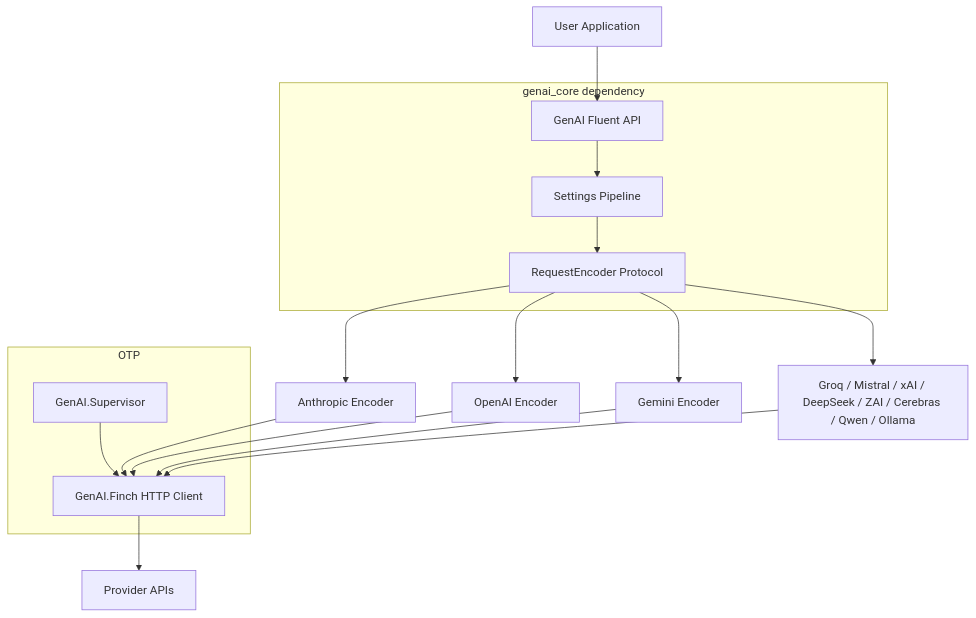
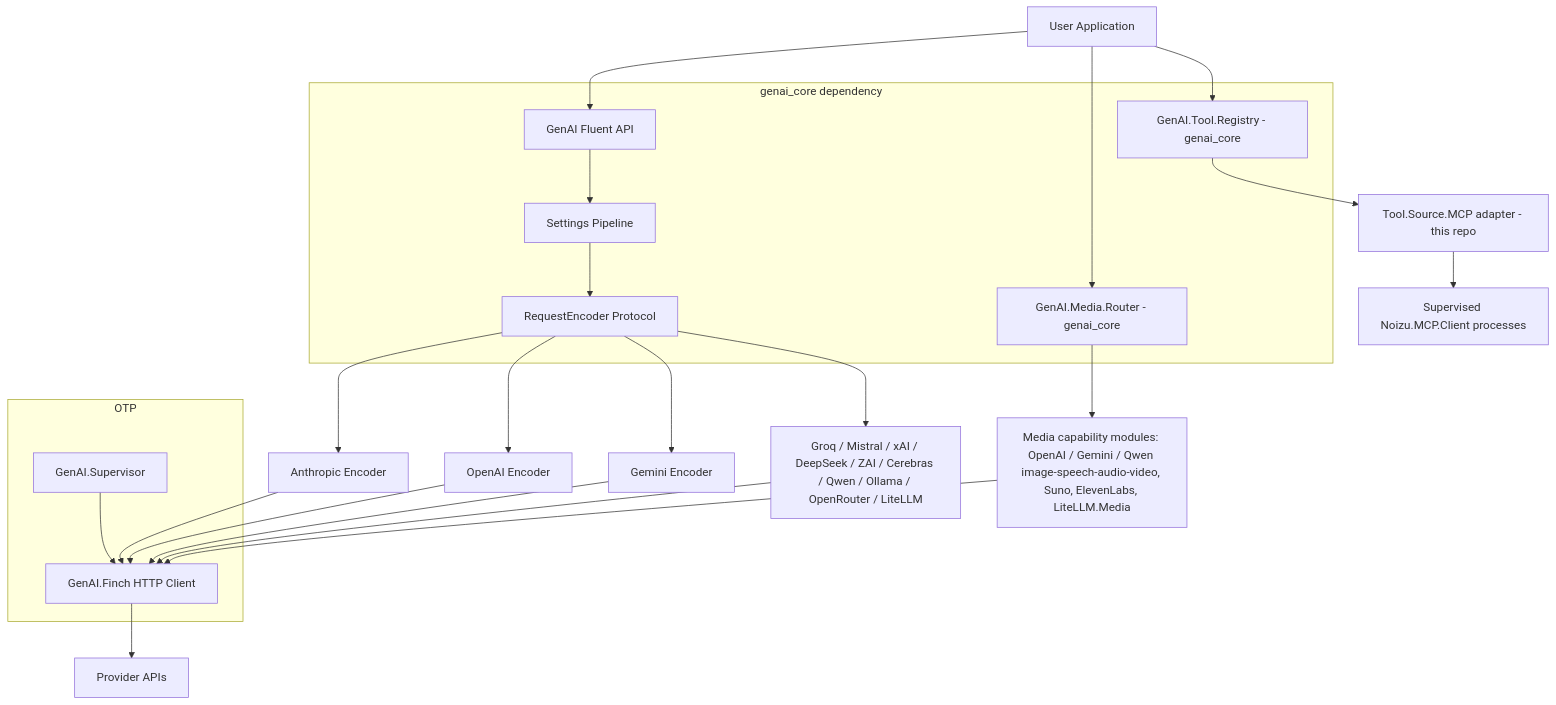
The diagram in docs/PROJ-ARCH.md (noizu-labs-ml/genai), drawn with Mermaid before and after one commit. The commit also changed other lines of this file and 10 other files, not shown here.

Commit message:
docs: refresh layout/schema/arch + add threat model (2026-10-07 fleet sweep)

````diff
--- a/docs/PROJ-ARCH.md
+++ b/docs/PROJ-ARCH.md
@@ -9,25 +9,35 @@
 ```mermaid
 graph TB
     App[User Application] --> API[GenAI Fluent API]
     API --> Settings[Settings Pipeline]
     Settings --> Encoder[RequestEncoder Protocol]
     Encoder --> Anthropic[Anthropic Encoder]
     Encoder --> OpenAI[OpenAI Encoder]
     Encoder --> Gemini[Gemini Encoder]
-    Encoder --> Others[Groq / Mistral / xAI / DeepSeek / ZAI / Cerebras / Qwen / Ollama]
+    Encoder --> Others[Groq / Mistral / xAI / DeepSeek / ZAI / Cerebras / Qwen / Ollama / OpenRouter / LiteLLM]
     Anthropic --> Finch[GenAI.Finch HTTP Client]
     OpenAI --> Finch
     Gemini --> Finch
     Others --> Finch
     Finch --> APIs[Provider APIs]
+
+    App --> MRouter[GenAI.Media.Router - genai_core]
+    MRouter --> Media[Media capability modules: OpenAI / Gemini / Qwen image-speech-audio-video, Suno, ElevenLabs, LiteLLM.Media]
+    Media --> Finch
+
+    App --> Tools[GenAI.Tool.Registry - genai_core]
+    Tools --> MCP[Tool.Source.MCP adapter - this repo]
+    MCP --> MCPClients[Supervised Noizu.MCP.Client processes]
 
     subgraph OTP
         Supervisor[GenAI.Supervisor] --> Finch
     end
 
     subgraph genai_core [genai_core dependency]
         API
         Settings
         Encoder
+        MRouter
+        Tools
     end
 ```
````
